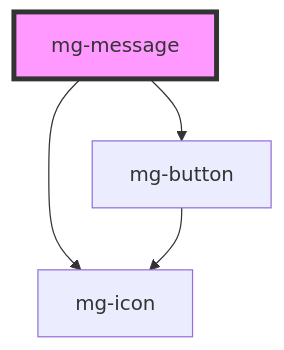
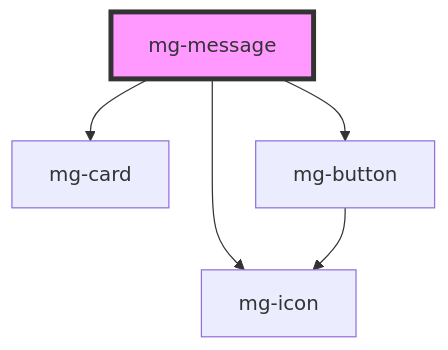
The diagram in src/components/molecules/mg-message/readme.md (MGDIS/mg-components), drawn with Mermaid before and after one commit. The commit also changed other lines of this file and 7 other files, not shown here.

First line of the commit message:
feat(mg-message): use mg-card

````diff
--- a/src/components/molecules/mg-message/readme.md
+++ b/src/components/molecules/mg-message/readme.md
@@ -54,7 +55,8 @@
 ```mermaid
 graph TD;
+  mg-message --> mg-card
   mg-message --> mg-icon
   mg-message --> mg-button
   mg-button --> mg-icon
   style mg-message fill:#f9f,stroke:#333,stroke-width:4px
 ```
````
